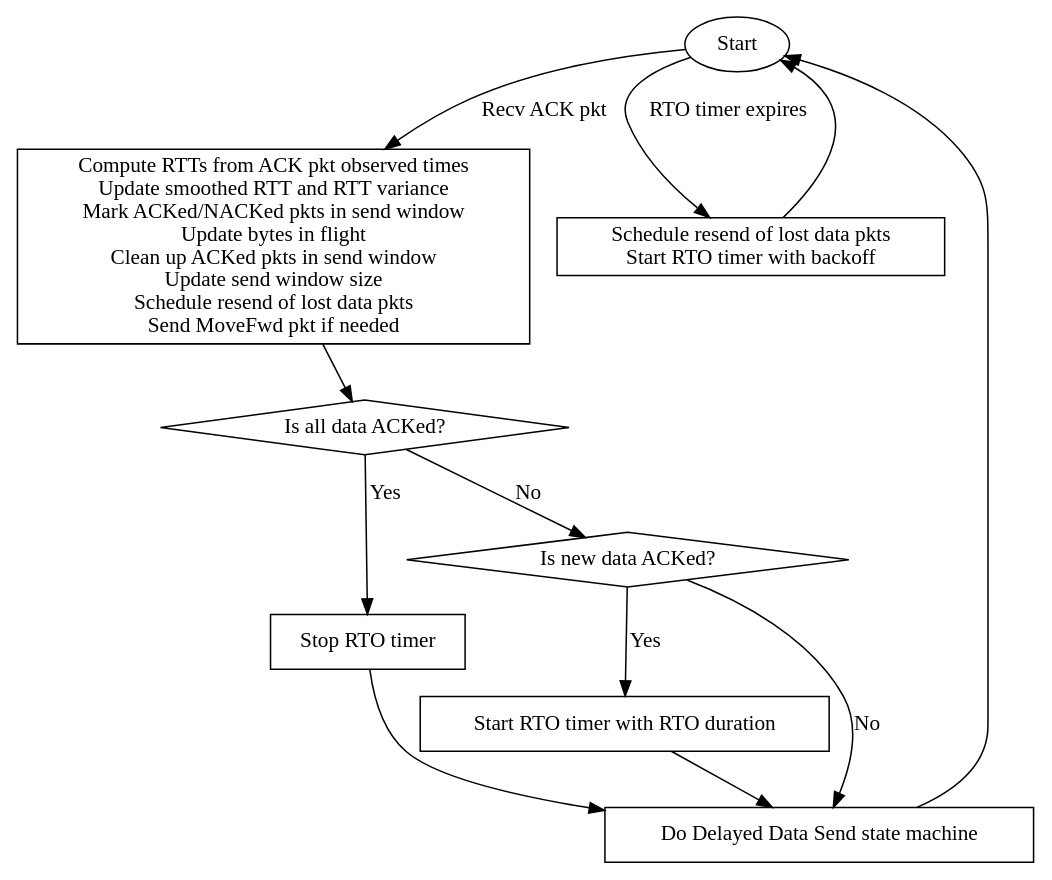
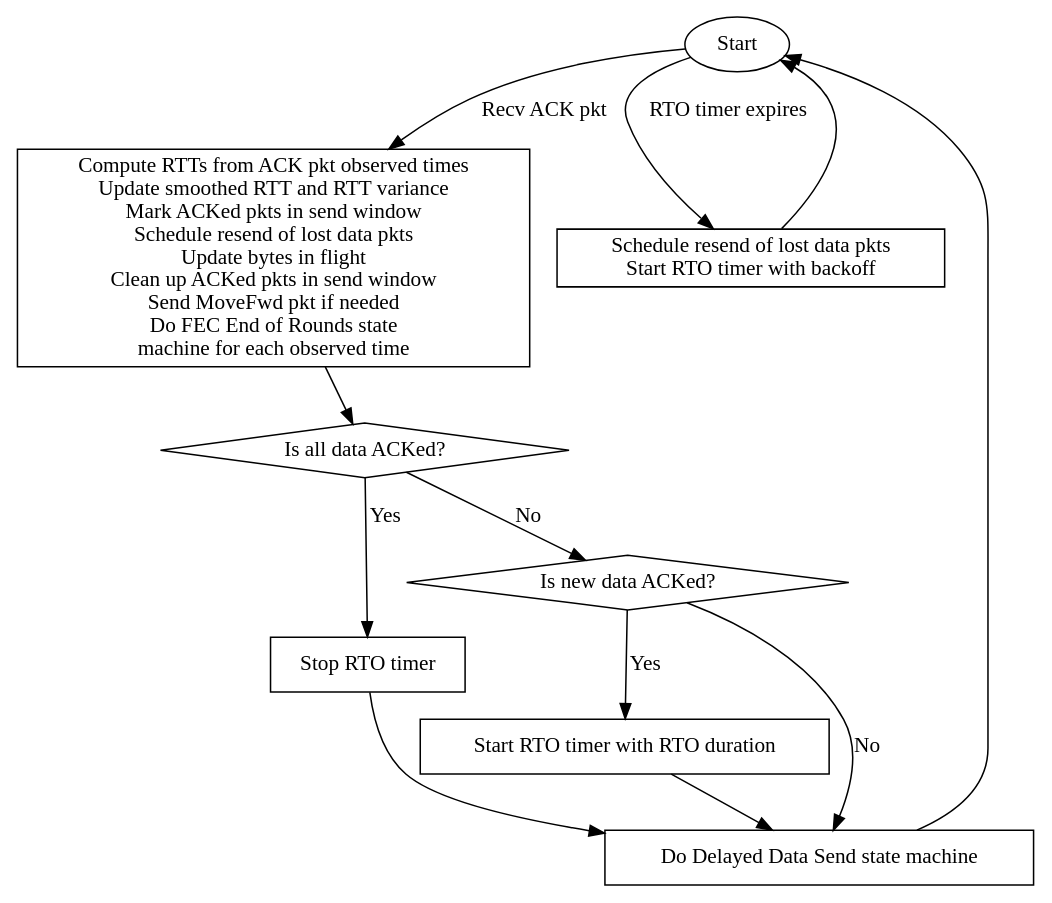
One commit to raytheonbbn/IRON changed the diagram in iron/sliq/doc/sliq_ack_recv.dot. Above: the diagram before and after it, drawn with Graphviz. The commit also changed 199 other files, not shown here.

```diff
--- a/iron/sliq/doc/sliq_ack_recv.dot
+++ b/iron/sliq/doc/sliq_ack_recv.dot
@@ -1,26 +1,26 @@
 digraph sliq_ack_receive {
     strt [ shape = ellipse, label = "Start" ];
-    blk1 [ shape = box,     label = "Compute RTTs from ACK pkt observed times\nUpdate smoothed RTT and RTT variance\nMark ACKed/NACKed pkts in send window\nUpdate bytes in flight\nClean up ACKed pkts in send window\nUpdate send window size\nSchedule resend of lost data pkts\nSend MoveFwd pkt if needed" ];
+    blk1 [ shape = box,     label = "Compute RTTs from ACK pkt observed times\nUpdate smoothed RTT and RTT variance\nMark ACKed pkts in send window\nSchedule resend of lost data pkts\nUpdate bytes in flight\nClean up ACKed pkts in send window\nSend MoveFwd pkt if needed\nDo FEC End of Rounds state\nmachine for each observed time" ];
     blk2 [ shape = box,     label = "Stop RTO timer" ];
     blk3 [ shape = box,     label = "Start RTO timer with RTO duration" ];
     blk4 [ shape = box,     label = "Do Delayed Data Send state machine" ];
     blk5 [ shape = box,     label = "Schedule resend of lost data pkts\nStart RTO timer with backoff" ];
     dsc1 [ shape = diamond, label = "Is all data ACKed?" ];
     dsc2 [ shape = diamond, label = "Is new data ACKed?" ];
 
     strt -> blk1 [ label = "Recv ACK pkt" ];
     blk1 -> dsc1;
 
     dsc1 -> blk2 [ label = "Yes" ];
     blk2 -> blk4;
 
     dsc1 -> dsc2 [ label = "No" ];
 
     dsc2 -> blk3 [ label = "Yes" ];
     blk3 -> blk4;
     dsc2 -> blk4 [ label = "No" ];
     blk4 -> strt;
 
     strt -> blk5 [ label = "RTO timer expires" ];
     blk5 -> strt;
 }
```
